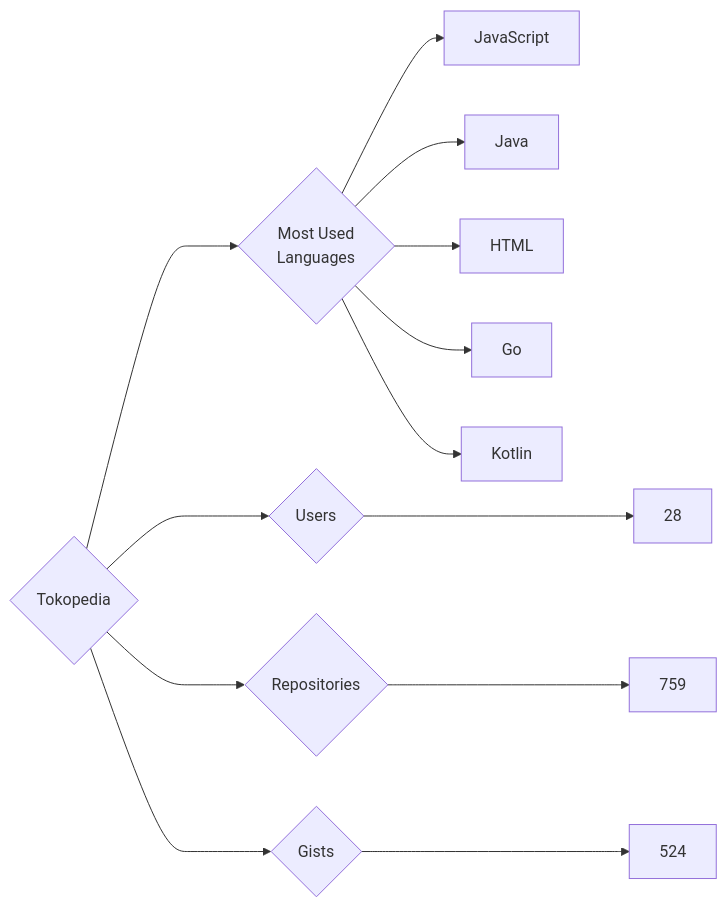
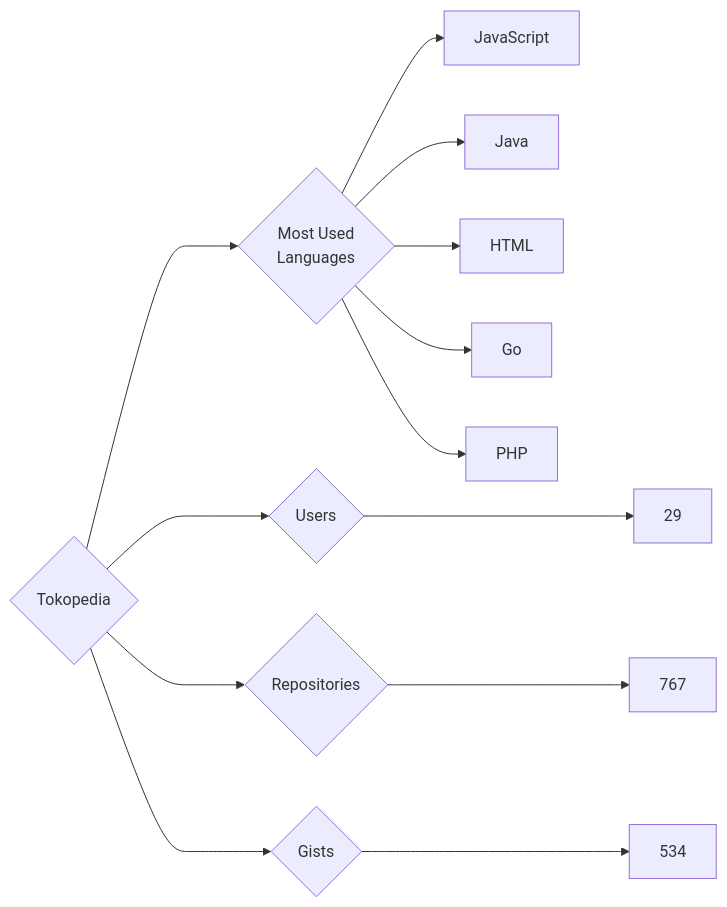
The diagram in targets/Tokopedia/README.md (trickest/insiders), drawn with Mermaid before and after one commit. The commit also changed 870 other files, not shown here.

````diff
--- a/targets/Tokopedia/README.md
+++ b/targets/Tokopedia/README.md
@@ -3,13 +3,13 @@
 ```mermaid
 graph LR
 COMPANY_NAME{Tokopedia}
-COMPANY_NAME ---> U{Users} ---> UN[28]
-COMPANY_NAME ---> R{Repositories} ---> RN[759]
-COMPANY_NAME ---> G{Gists} ---> GN[524]
+COMPANY_NAME ---> U{Users} ---> UN[29]
+COMPANY_NAME ---> R{Repositories} ---> RN[767]
+COMPANY_NAME ---> G{Gists} ---> GN[534]
 COMPANY_NAME ---> ML{Most Used<br>Languages}
 ML --> JavaScript[JavaScript]
 ML --> Java[Java]
 ML --> HTML[HTML]
 ML --> Go[Go]
-ML --> Kotlin[Kotlin]
+ML --> PHP[PHP]
 ```
````
